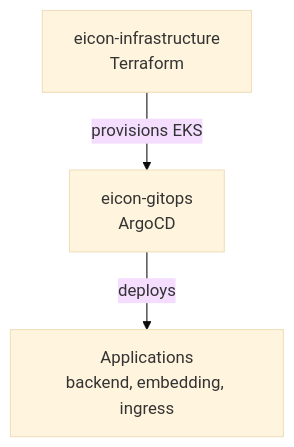
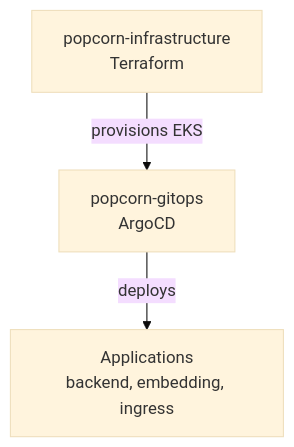
The first of 2 diagrams in infra/docs/ARCHITECTURE.md (Dacchuu/devops-portfolio), drawn with Mermaid (base theme) before and after one commit. The commit also changed other lines of this file and 146 other files, not shown here.

````diff
--- a/infra/docs/ARCHITECTURE.md
+++ b/infra/docs/ARCHITECTURE.md
@@ -13,9 +13,9 @@
 ```mermaid
 flowchart TB
-    INFRA["eicon-infrastructure<br/>Terraform"]
-    GITOPS["eicon-gitops<br/>ArgoCD"]
+    INFRA["popcorn-infrastructure<br/>Terraform"]
+    GITOPS["popcorn-gitops<br/>ArgoCD"]
     APPS["Applications<br/>backend, embedding, ingress"]
 
     INFRA -->|provisions EKS| GITOPS
     GITOPS -->|deploys| APPS
 ```
````
